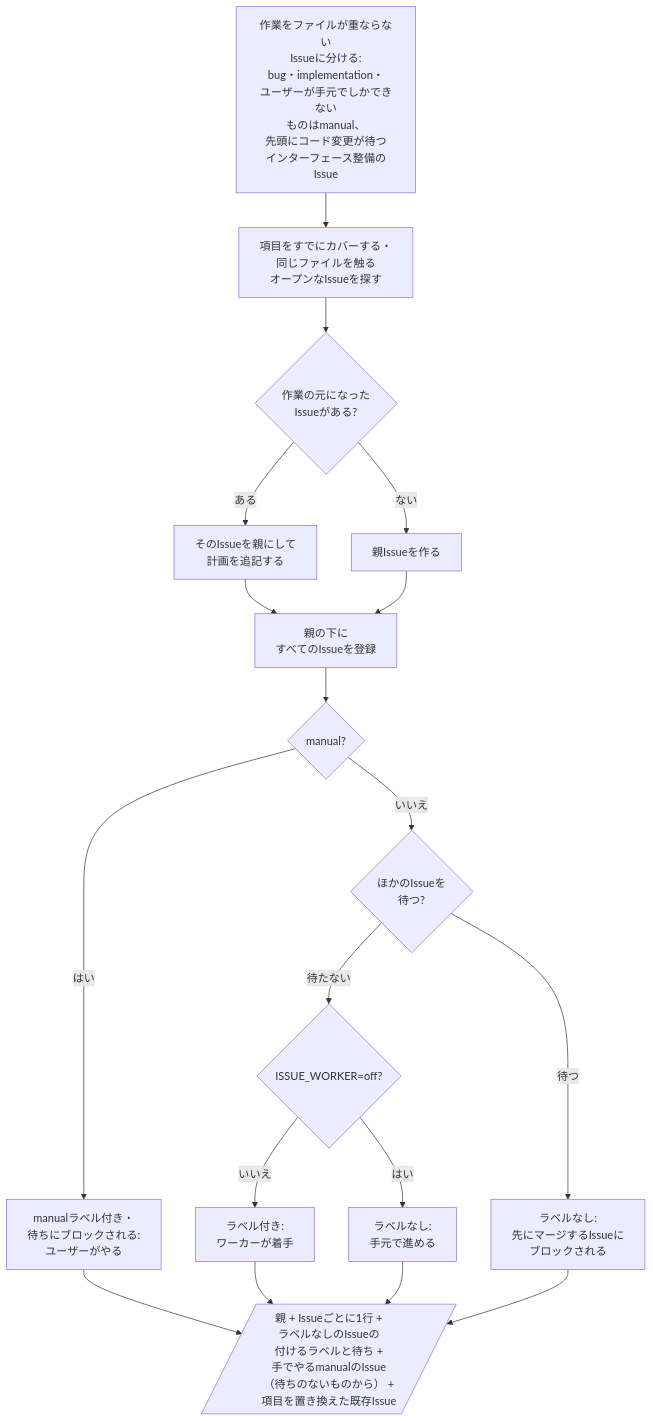
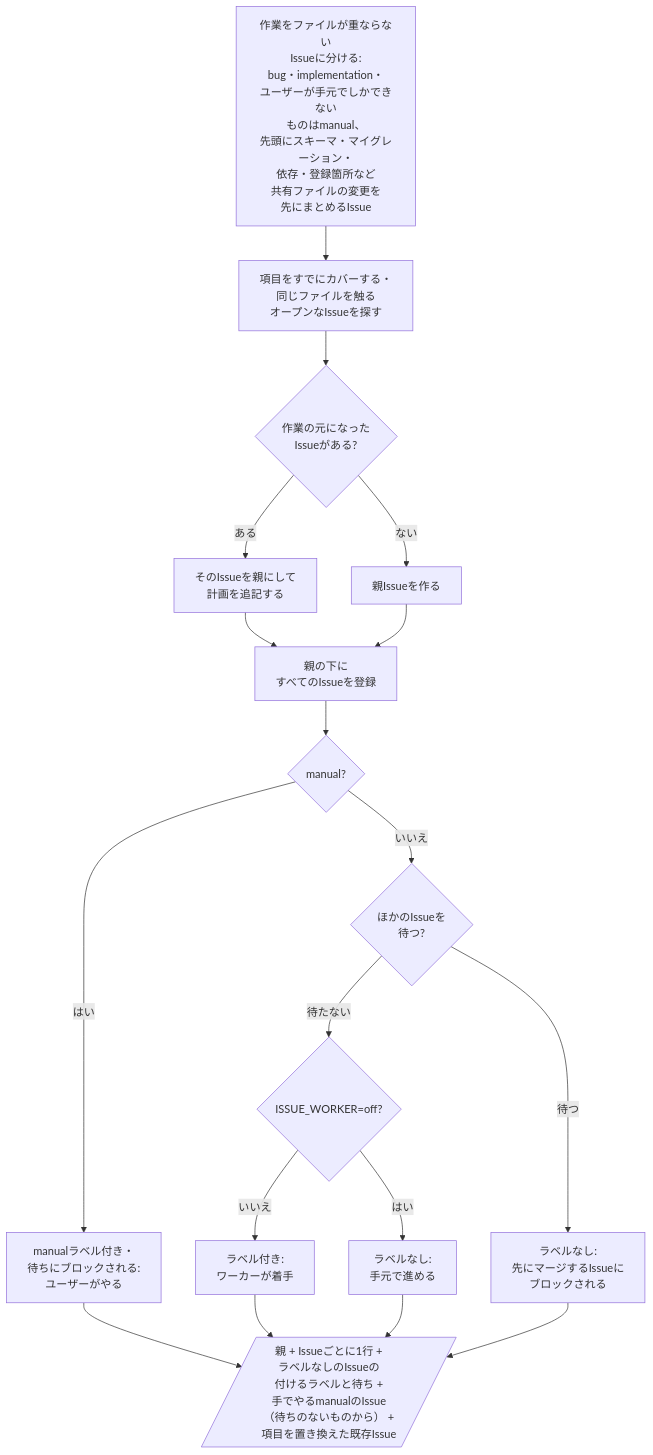
The diagram in shared/skills/delegate/README.ja.md (omni-stove/skill-kit), drawn with Mermaid before and after one commit. The commit also changed 2 other files, not shown here.

Commit message:
Have delegate lock the files every change shares before splitting: SKILL.md has the split first read the code and list the files each item changes, counting the schema, migrations, generated types, dependency manifests, registries, config and message catalogs every change appends to, and, whenever two lists share a file, open with an implementation issue that makes every change the task needs to those shared files without changing behavior, in place of an interface issue left out when the files looked separate; the parent body names the files each issue changes, and the READMEs' split box shows the shared-file issue
Claude-Session: https://claude.ai/code/session_0118w5k68aNPYednrkwLPUmP

````diff
--- a/shared/skills/delegate/README.ja.md
+++ b/shared/skills/delegate/README.ja.md
@@ -3,21 +3,21 @@
 ```mermaid
 flowchart TD
-  split["作業をファイルが重ならない<br/>Issueに分ける:<br/>bug・implementation・<br/>ユーザーが手元でしかできない<br/>ものはmanual、<br/>先頭にコード変更が待つ<br/>インターフェース整備のIssue"]
+  split["作業をファイルが重ならない<br/>Issueに分ける:<br/>bug・implementation・<br/>ユーザーが手元でしかできない<br/>ものはmanual、<br/>先頭にスキーマ・マイグレーション・<br/>依存・登録箇所など<br/>共有ファイルの変更を<br/>先にまとめるIssue"]
   split --> similar[項目をすでにカバーする・<br/>同じファイルを触る<br/>オープンなIssueを探す]
   similar --> origin{作業の元になった<br/>Issueがある?}
   origin -- "ある" --> comment[そのIssueを親にして<br/>計画を追記する]
   origin -- "ない" --> parent[親Issueを作る]
   comment --> create[親の下に<br/>すべてのIssueを登録]
   create --> kind{manual?}
   kind -- "はい" --> manual[manualラベル付き・<br/>待ちにブロックされる:<br/>ユーザーがやる]
   kind -- "いいえ" --> wait{ほかのIssueを<br/>待つ?}
   wait -- "待たない" --> off{ISSUE_WORKER=off?}
   off -- "いいえ" --> now[ラベル付き:<br/>ワーカーが着手]
   off -- "はい" --> local[ラベルなし:<br/>手元で進める]
   wait -- "待つ" --> later[ラベルなし:<br/>先にマージするIssueに<br/>ブロックされる]
   parent --> create
   now --> report[/"親 + Issueごとに1行 +<br/>ラベルなしのIssueの<br/>付けるラベルと待ち +<br/>手でやるmanualのIssue<br/>（待ちのないものから） +<br/>項目を置き換えた既存Issue"/]
   later --> report
   local --> report
   manual --> report
 ```
````
